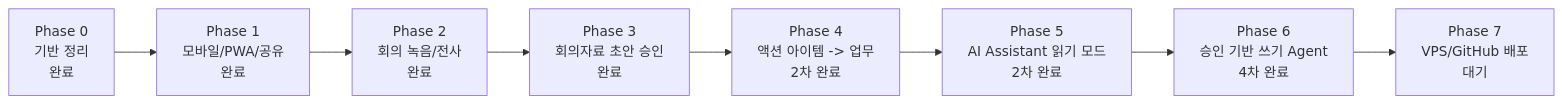
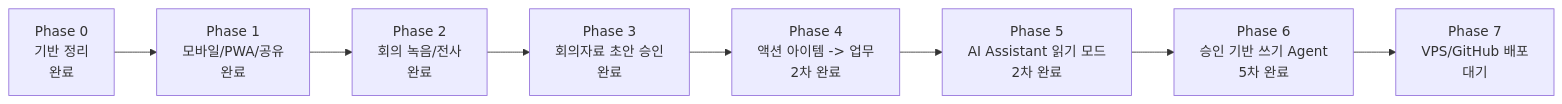
One commit to naral3221-dotcom/intruth.com changed the diagram in docs/PHASE_PROGRESS.md. Above: the diagram before and after it, drawn with Mermaid. The commit also changed other lines of this file and 7 other files, not shown here.

````diff
--- a/docs/PHASE_PROGRESS.md
+++ b/docs/PHASE_PROGRESS.md
@@ -10,10 +10,10 @@
 ```mermaid
 flowchart LR
   P0["Phase 0\n기반 정리\n완료"] --> P1["Phase 1\n모바일/PWA/공유\n완료"]
   P1 --> P2["Phase 2\n회의 녹음/전사\n완료"]
   P2 --> P3["Phase 3\n회의자료 초안 승인\n완료"]
   P3 --> P4["Phase 4\n액션 아이템 -> 업무\n2차 완료"]
   P4 --> P5["Phase 5\nAI Assistant 읽기 모드\n2차 완료"]
-  P5 --> P6["Phase 6\n승인 기반 쓰기 Agent\n4차 완료"]
+  P5 --> P6["Phase 6\n승인 기반 쓰기 Agent\n5차 완료"]
   P6 --> P7["Phase 7\nVPS/GitHub 배포\n대기"]
 ```
````
